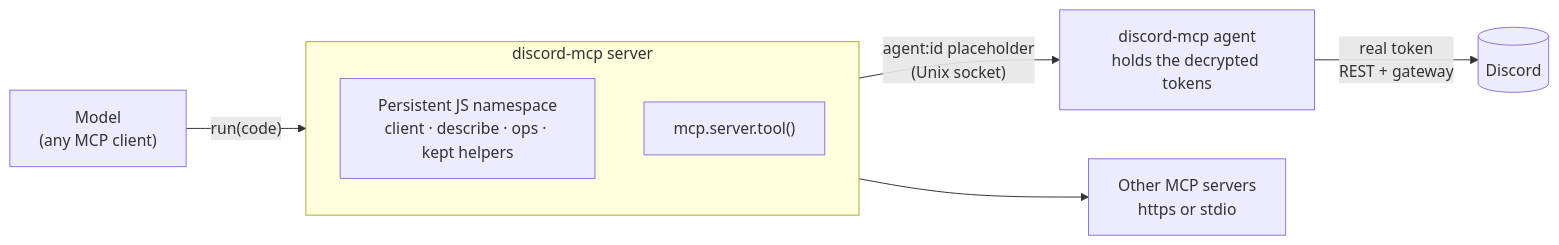
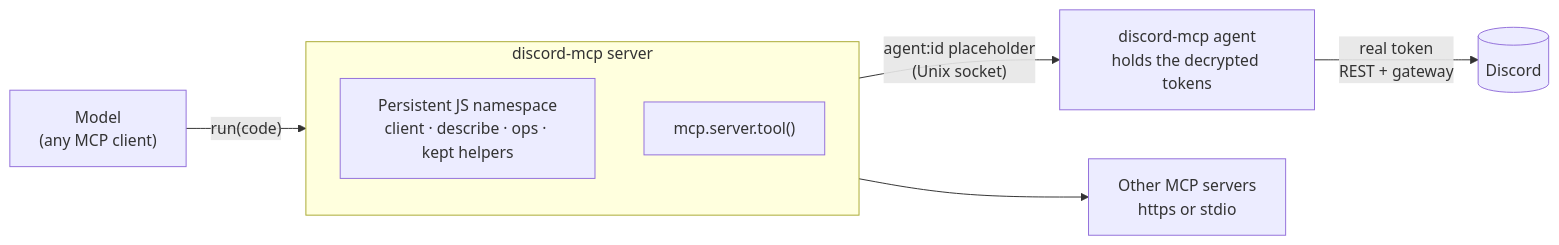
The diagram in README.md (drvova/discord-mcp), drawn with Mermaid before and after one commit.

Commit message:
README diagram: draw the agent edge from the namespace, not the upstream box
Claude-Session: https://claude.ai/code/session_01LFzTFueGZubTA2XJG4i5T5

````diff
--- a/README.md
+++ b/README.md
@@ -54,12 +54,12 @@
 ```mermaid
 flowchart LR
     M["Model<br>(any MCP client)"] -- "run(code)" --> S
     subgraph S["discord-mcp server"]
         direction TB
         N["Persistent JS namespace<br>client · describe · ops · kept helpers"]
         U["mcp.server.tool()"]
     end
-    S -- "agent:id placeholder<br>(Unix socket)" --> A["discord-mcp agent<br>holds the decrypted tokens"]
+    N -- "agent:id placeholder<br>(Unix socket)" --> A["discord-mcp agent<br>holds the decrypted tokens"]
     A -- "real token<br>REST + gateway" --> D[("Discord")]
     U --> O["Other MCP servers<br>https or stdio"]
 ```
````
